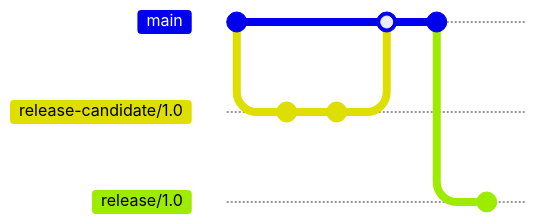
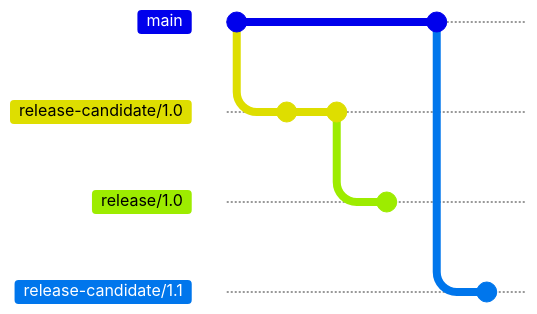
One commit to SiegeSailor/Website changed the second of 6 diagrams in articles/notes/long-term-support/index.md. Above: the diagram before and after it, drawn with Mermaid. The commit also changed other lines of this file, not shown here. Commit ids are hidden.

````diff
--- a/articles/notes/long-term-support/index.md
+++ b/articles/notes/long-term-support/index.md
@@ -104,13 +99,14 @@
 ```mermaid
 gitGraph
     commit
     branch "release-candidate/1.0"
     commit
     checkout "release-candidate/1.0"
     commit
-    checkout "main"
-    merge "release-candidate/1.0"
-    commit
     branch "release/1.0"
     commit
+    checkout "main"
+    commit
+    branch "release-candidate/1.1"
+    commit
 ```
````
